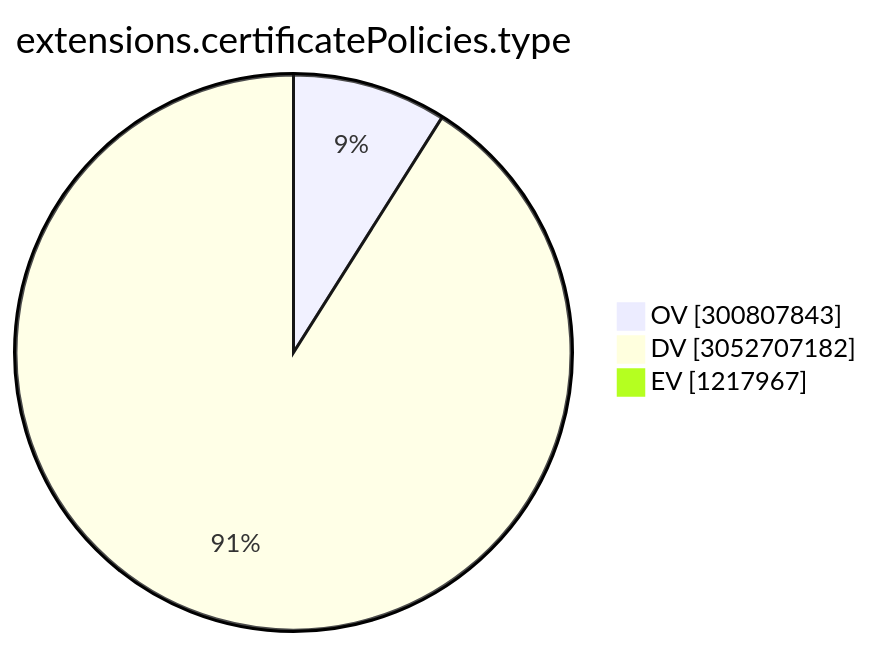
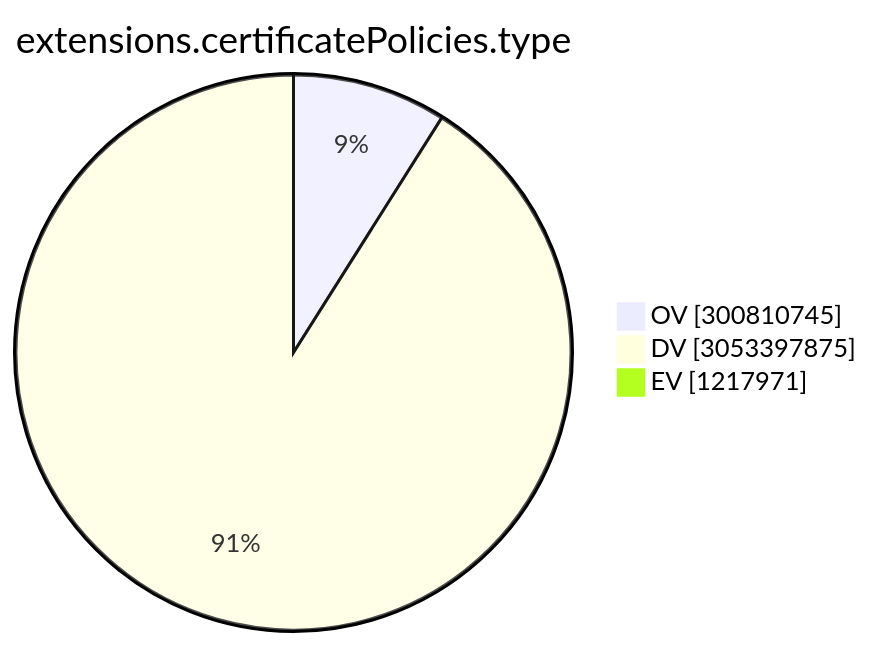
Before and after one commit to christiankrug/ctmonitor_visualization: the ninth of 15 diagrams in TOTAL/README.md, drawn with Mermaid. The commit also changed other lines of this file, not shown here.

````diff
--- a/TOTAL/README.md
+++ b/TOTAL/README.md
@@ -3102,7 +3102,7 @@
 ```mermaid
 pie showData
 title extensions.certificatePolicies.type
-"OV" :300807843
-"DV" :3052707182
-"EV" :1217967
+"OV" :300810745
+"DV" :3053397875
+"EV" :1217971
 ```
````
